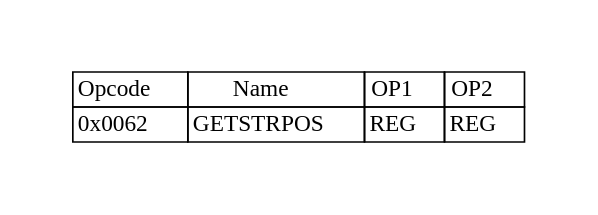
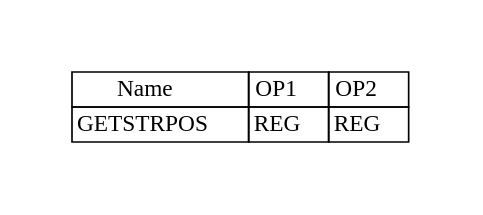
One commit to adesutherland/CREXX changed the diagram in docs/books/crexx_vm_spec/svg/getstrpos.gv. Above: the diagram before and after it, drawn with Graphviz. The commit also changed 319 other files, not shown here.

```diff
--- a/docs/books/crexx_vm_spec/svg/getstrpos.gv
+++ b/docs/books/crexx_vm_spec/svg/getstrpos.gv
@@ -1,9 +1,9 @@
 digraph{
 graph [pad="0.5", nodesep="0.5", ranksep="2" ]
-node[shape=plain]
+node [shape=plain]
 Foo [label=<
 <table border="0" cellborder="1" cellspacing="0">
-<tr><td> Opcode </td> <td> Name </td> <td> OP1 </td><td> OP2 </td> </tr>
-<tr><td> 0x0062 </td><td> GETSTRPOS </td><td> REG </td><td> REG </td> </tr>
+<tr><td> Name </td> <td> OP1 </td><td> OP2 </td> </tr>
+<tr><td> GETSTRPOS </td><td> REG </td><td> REG </td> </tr>
 </table>>];
 }
```
